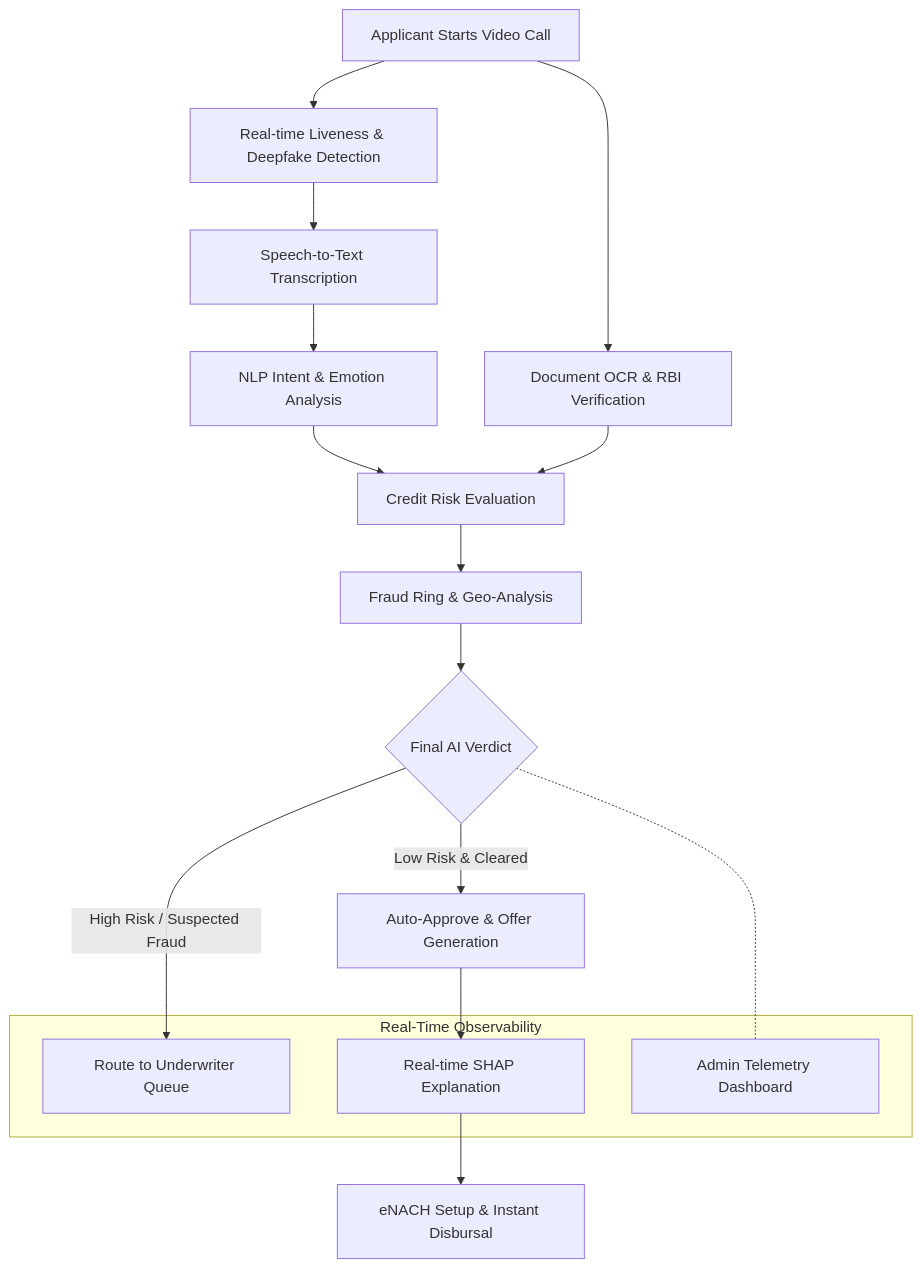
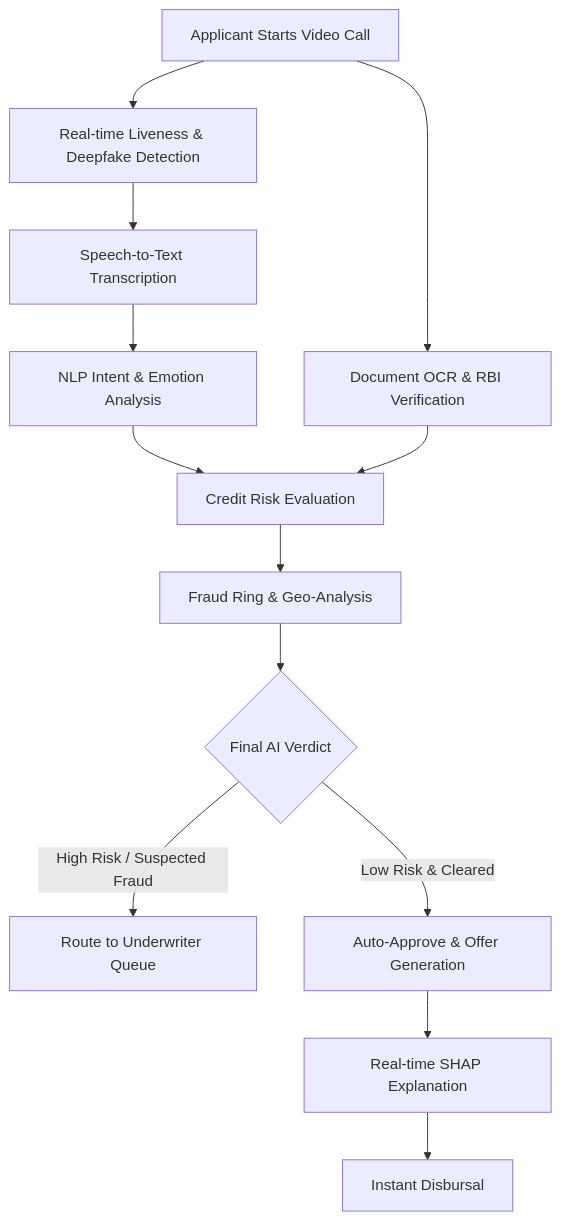
One commit to SWAYAMPATEL30/tensorhack changed the diagram in README.md. Above: the diagram before and after it, drawn with Mermaid. The commit also changed other lines of this file, not shown here.

````diff
--- a/README.md
+++ b/README.md
@@ -113,22 +23,15 @@
 ```mermaid
 graph TD
     A[Applicant Starts Video Call] --> B[Real-time Liveness & Deepfake Detection]
     B --> C[Speech-to-Text Transcription]
     C --> D[NLP Intent & Emotion Analysis]
     A --> E[Document OCR & RBI Verification]
     D --> F[Credit Risk Evaluation]
     E --> F
     F --> G[Fraud Ring & Geo-Analysis]
     G --> H{Final AI Verdict}
     H -->|High Risk / Suspected Fraud| I[Route to Underwriter Queue]
     H -->|Low Risk & Cleared| J[Auto-Approve & Offer Generation]
     J --> K[Real-time SHAP Explanation]
-    K --> L[eNACH Setup & Instant Disbursal]
-    
-    subgraph Real-Time Observability
-        I
-        K
-        M[Admin Telemetry Dashboard]
-    end
-    H -.- M
+    K --> L[Instant Disbursal]
 ```
````
